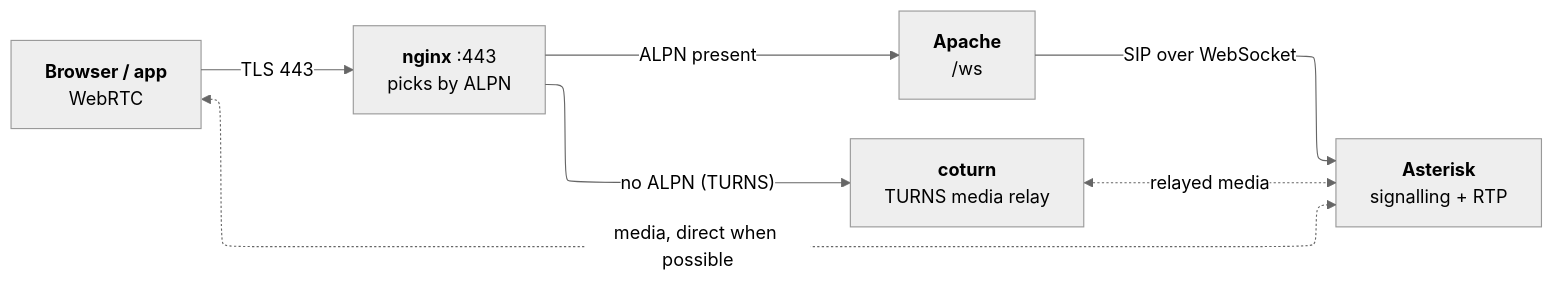
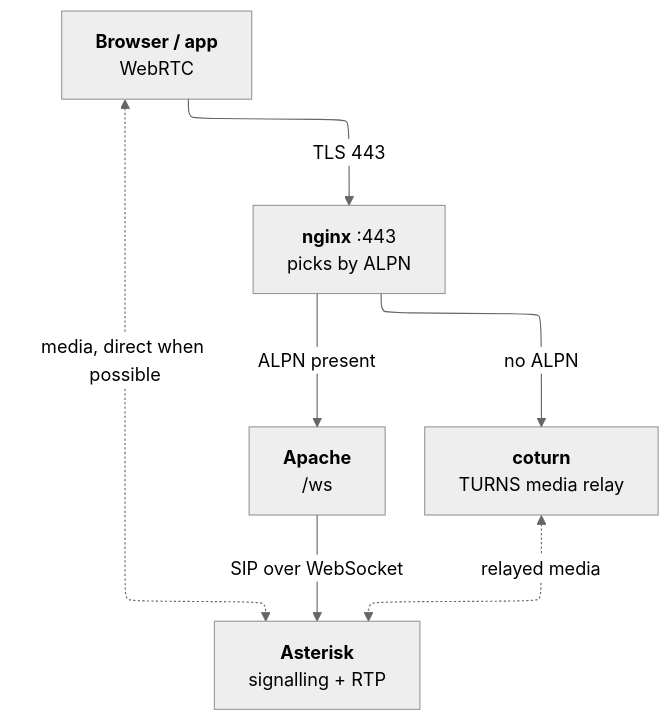
Before and after one commit to mahirgul/AiPBX: the diagram in docs/diagrams/webrtc-nat.mmd, drawn with Mermaid (neutral theme). The commit also changed 9 other files, not shown here.

First line of the commit message:
docs: narrower diagrams, readable at any column width

```diff
--- a/docs/diagrams/webrtc-nat.mmd
+++ b/docs/diagrams/webrtc-nat.mmd
@@ -1,23 +1,23 @@
 ---
 config:
   layout: elk
 ---
-flowchart LR
+flowchart TB
 %% @classes
   client["`**Browser / app**
   WebRTC`"]:::client
   nginx["`**nginx** :443
   picks by ALPN`"]:::edge
   apache["`**Apache**
   /ws`"]:::svc
   coturn["`**coturn**
   TURNS media relay`"]:::edge
   ast["`**Asterisk**
   signalling + RTP`"]:::core
 
   client -->|"TLS 443"| nginx
   nginx -->|"ALPN present"| apache
+  nginx -->|"no ALPN"| coturn
   apache -->|"SIP over WebSocket"| ast
-  nginx -->|"no ALPN (TURNS)"| coturn
+  coturn <-.->|"relayed media"| ast
   client <-.->|"media, direct when possible"| ast
-  coturn <-.->|"relayed media"| ast
```
